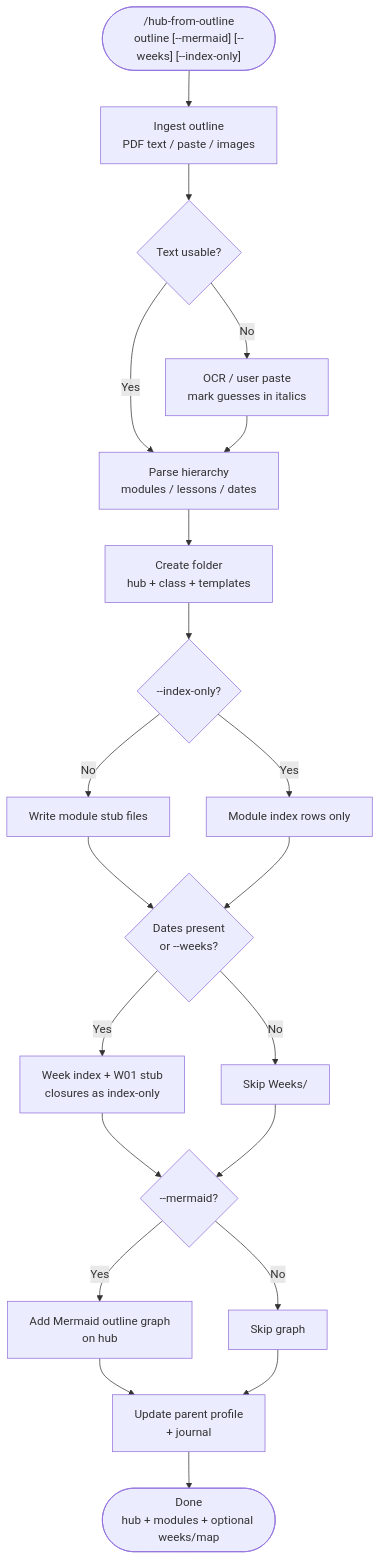
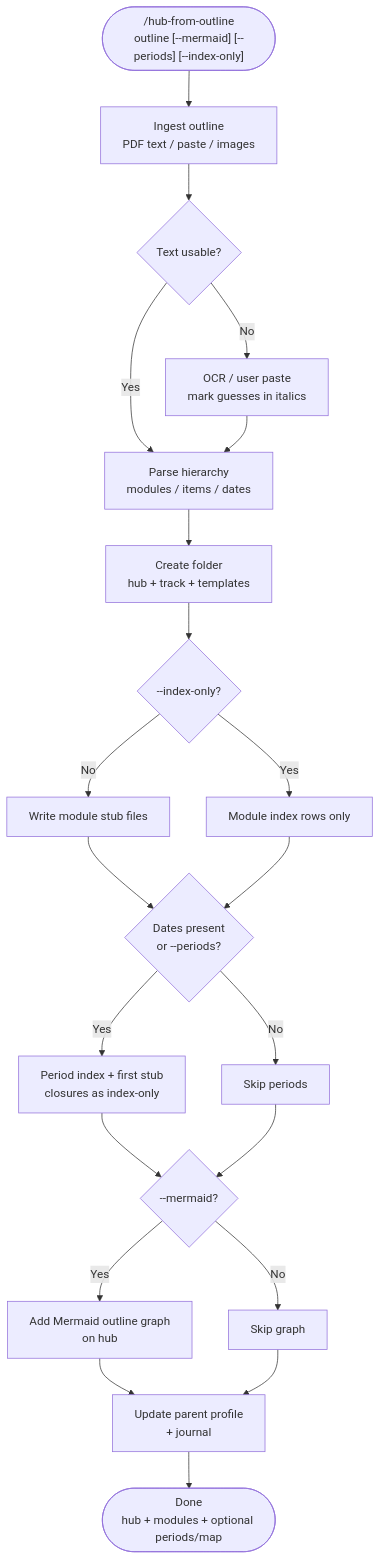
Before and after one commit to biomystery/claude-skills: the first of 2 diagrams in hub-from-outline/README.md, drawn with Mermaid. The commit also changed other lines of this file and 6 other files, not shown here.

First line of the commit message:
generalize hub-from-outline beyond courses + optional obsidian-markdown tie-in (#22)

````diff
--- a/hub-from-outline/README.md
+++ b/hub-from-outline/README.md
@@ -19,23 +35,23 @@
 ```mermaid
 flowchart TD
-    A(["/hub-from-outline\noutline [--mermaid] [--weeks] [--index-only]"]) --> B[Ingest outline\nPDF text / paste / images]
+    A(["/hub-from-outline\noutline [--mermaid] [--periods] [--index-only]"]) --> B[Ingest outline\nPDF text / paste / images]
     B --> C{Text usable?}
     C -->|No| D[OCR / user paste\nmark guesses in italics]
-    C -->|Yes| E[Parse hierarchy\nmodules / lessons / dates]
+    C -->|Yes| E[Parse hierarchy\nmodules / items / dates]
     D --> E
-    E --> F[Create folder\nhub + class + templates]
+    E --> F[Create folder\nhub + track + templates]
     F --> G{--index-only?}
     G -->|No| H[Write module stub files]
     G -->|Yes| I[Module index rows only]
-    H --> J{Dates present\nor --weeks?}
+    H --> J{Dates present\nor --periods?}
     I --> J
-    J -->|Yes| K[Week index + W01 stub\nclosures as index-only]
-    J -->|No| L[Skip Weeks/]
+    J -->|Yes| K[Period index + first stub\nclosures as index-only]
+    J -->|No| L[Skip periods]
     K --> M{--mermaid?}
     L --> M
     M -->|Yes| N[Add Mermaid outline graph\non hub]
     M -->|No| O[Skip graph]
     N --> P[Update parent profile\n+ journal]
     O --> P
-    P --> Q(["Done\nhub + modules + optional weeks/map"])
+    P --> Q(["Done\nhub + modules + optional periods/map"])
 ```
````
